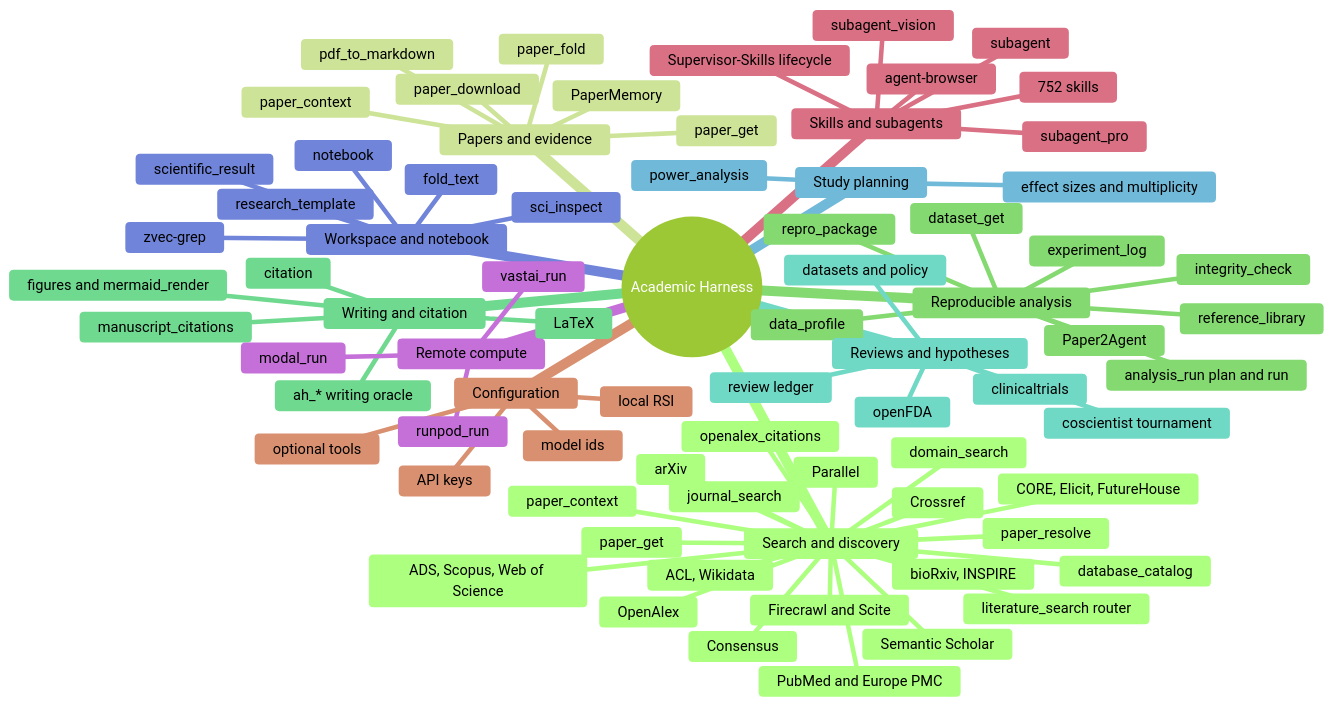
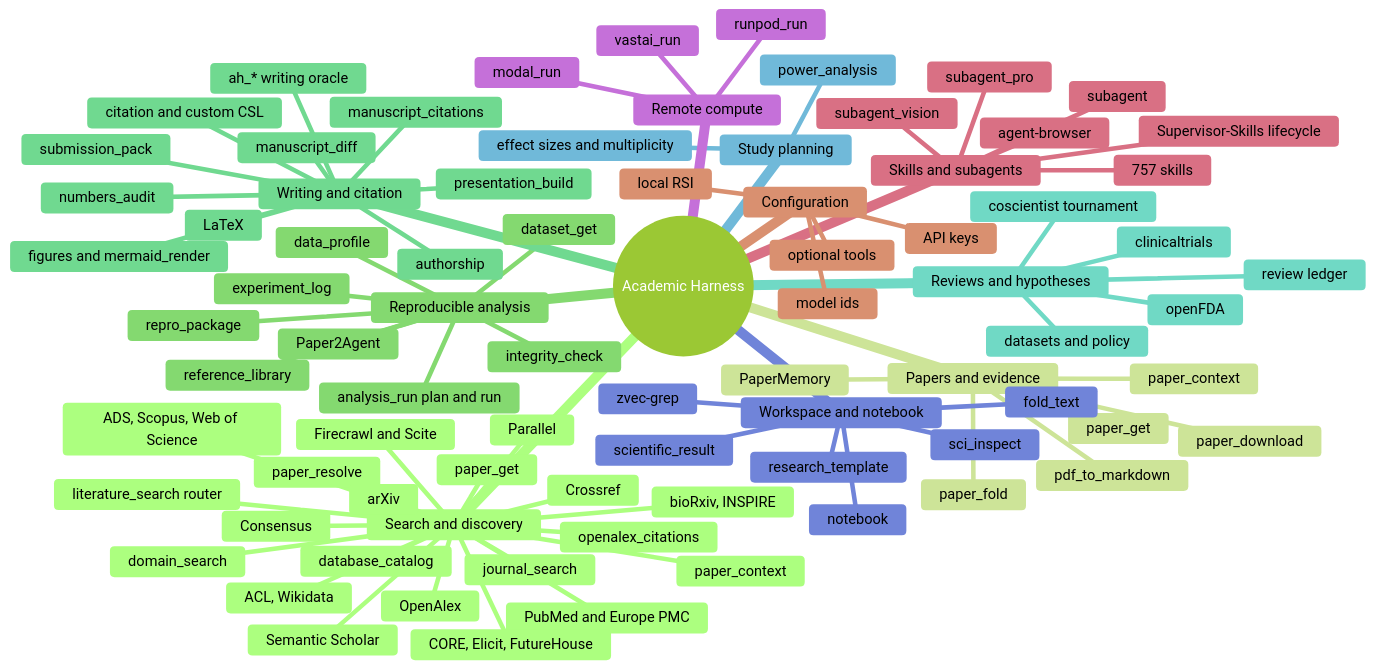
One commit to raktim-mondol/academic-harness changed the diagram in docs/diagrams/capability-map.mmd. Above: the diagram before and after it, drawn with Mermaid (forest theme). The commit also changed 45 other files, not shown here.

```diff
--- a/docs/diagrams/capability-map.mmd
+++ b/docs/diagrams/capability-map.mmd
@@ -1,77 +1,82 @@
 mindmap
   root((Academic Harness))
     Search and discovery
       literature_search router
       journal_search
       paper_get
       paper_context
       paper_resolve
       openalex_citations
       database_catalog
       domain_search
       OpenAlex
       Semantic Scholar
       PubMed and Europe PMC
       arXiv
       Crossref
       bioRxiv, INSPIRE
       ADS, Scopus, Web of Science
       ACL, Wikidata
       Consensus
       Parallel
       Firecrawl and Scite
       CORE, Elicit, FutureHouse
     Papers and evidence
       paper_get
       paper_context
       paper_download
       paper_fold
       pdf_to_markdown
       PaperMemory
     Reproducible analysis
       analysis_run plan and run
       experiment_log
       dataset_get
       data_profile
       repro_package
       reference_library
       integrity_check
       Paper2Agent
     Writing and citation
       ah_* writing oracle
-      citation
+      citation and custom CSL
       manuscript_citations
+      submission_pack
+      manuscript_diff
+      numbers_audit
+      presentation_build
+      authorship
       LaTeX
       figures and mermaid_render
     Reviews and hypotheses
       review ledger
       coscientist tournament
       clinicaltrials
       openFDA
       datasets and policy
     Study planning
       power_analysis
       effect sizes and multiplicity
     Workspace and notebook
       zvec-grep
       notebook
       scientific_result
       fold_text
       sci_inspect
       research_template
     Remote compute
       modal_run
       runpod_run
       vastai_run
     Skills and subagents
-      752 skills
+      757 skills
       Supervisor-Skills lifecycle
       agent-browser
       subagent
       subagent_pro
       subagent_vision
     Configuration
       API keys
       model ids
       optional tools
       local RSI
```
